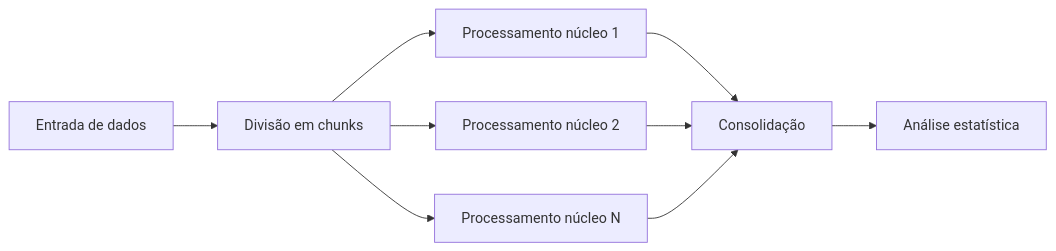
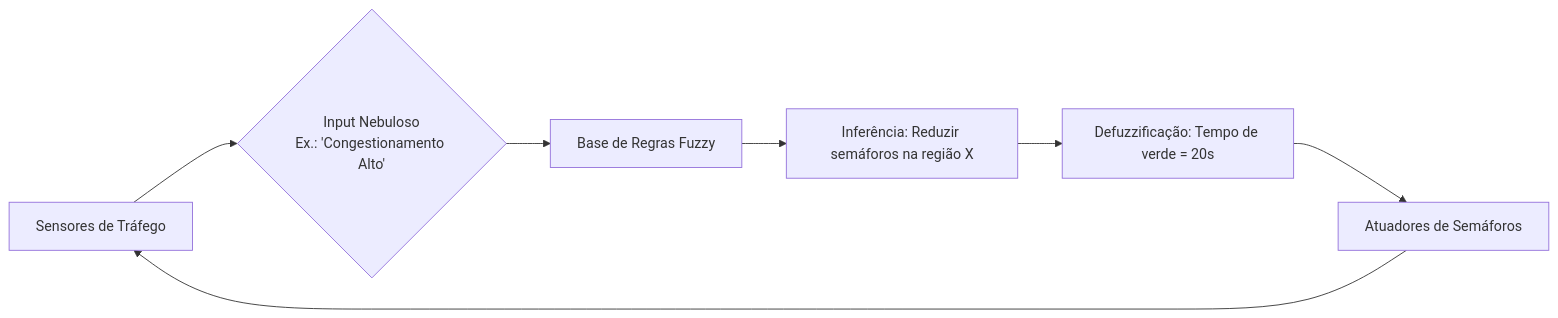
The diagram in README.md (0Augusto/swift), drawn with Mermaid before and after one commit. The commit also changed other lines of this file, not shown here.

````diff
--- a/README.md
+++ b/README.md
@@ -55,11 +73,9 @@
 ```mermaid
 graph LR
-A[Entrada de dados] --> B[Divisão em chunks]
-B --> C1[Processamento núcleo 1]
-B --> C2[Processamento núcleo 2]
-B --> C3[Processamento núcleo N]
-C1 --> D[Consolidação]
-C2 --> D
-C3 --> D
-D --> E[Análise estatística]
+  A[Sensores de Tráfego] --> B{Input Nebuloso<br>Ex.: 'Congestionamento Alto'};
+  B --> C[Base de Regras Fuzzy];
+  C --> D[Inferência: Reduzir semáforos na região X];
+  D --> E[Defuzzificação: Tempo de verde = 20s];
+  E --> F[Atuadores de Semáforos];
+  F --> A
 ```
````
